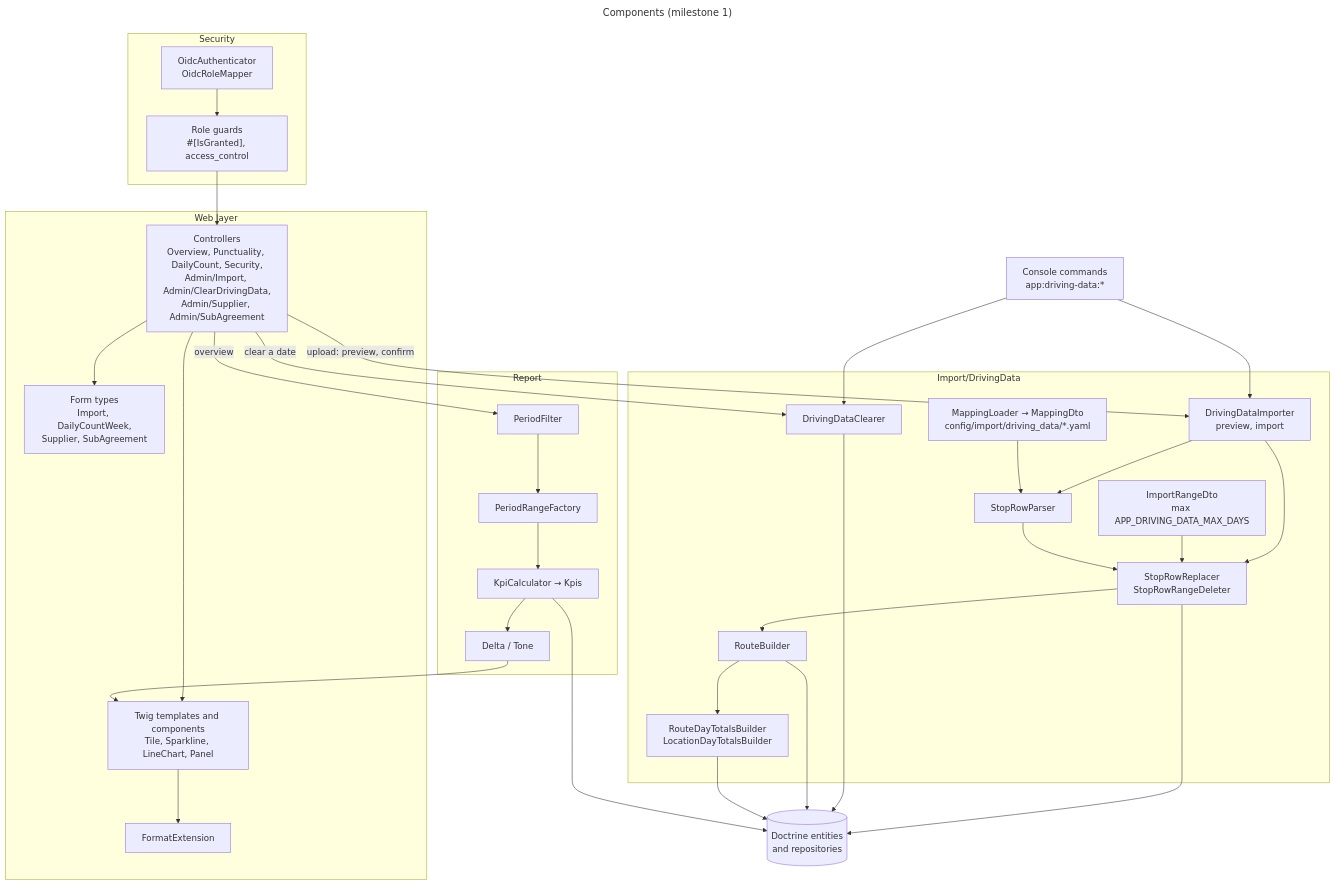
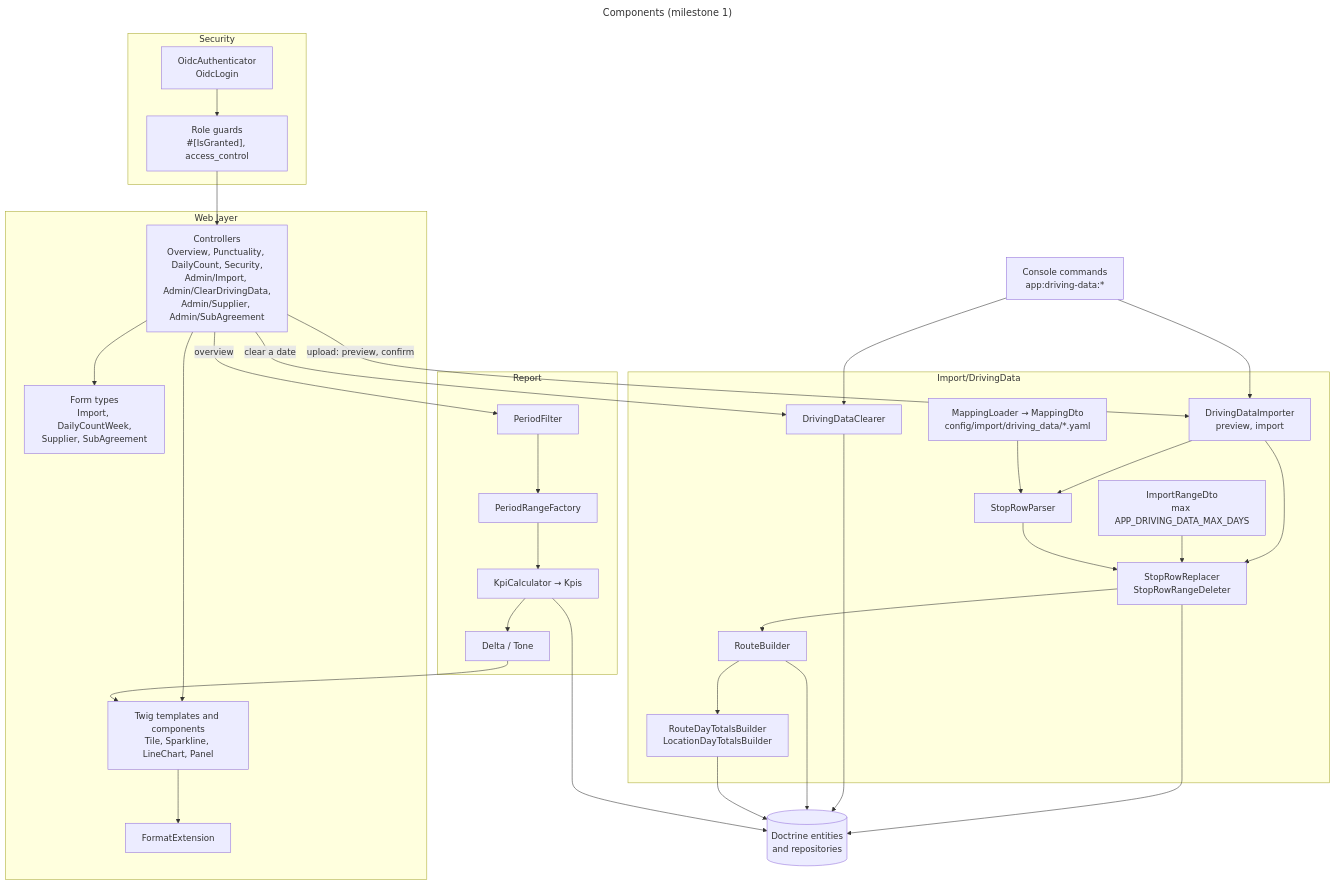
One commit to itk-dev/koerselsoverblik changed the third of 7 diagrams in docs/architecture.md. Above: the diagram before and after it, drawn with Mermaid. The commit also changed other lines of this file and 16 other files, not shown here.

````diff
--- a/docs/architecture.md
+++ b/docs/architecture.md
@@ -140,62 +140,62 @@
 ```mermaid
 ---
 title: Components (milestone 1)
 ---
 flowchart TB
     subgraph web["Web layer"]
         controllers["Controllers<br/>Overview, Punctuality, DailyCount, Security,<br/>Admin/Import, Admin/ClearDrivingData,<br/>Admin/Supplier, Admin/SubAgreement"]
         forms["Form types<br/>Import, DailyCountWeek,<br/>Supplier, SubAgreement"]
         twig["Twig templates and components<br/>Tile, Sparkline, LineChart, Panel"]
         format["FormatExtension"]
     end
 
     subgraph security["Security"]
-        authenticators["OidcAuthenticator<br/>OidcRoleMapper"]
+        authenticators["OidcAuthenticator<br/>OidcLogin"]
         guards["Role guards<br/>#[IsGranted], access_control"]
     end
 
     subgraph import["Import/DrivingData"]
         mapping["MappingLoader → MappingDto<br/>config/import/driving_data/*.yaml"]
         importrange["ImportRangeDto<br/>max APP_DRIVING_DATA_MAX_DAYS"]
         importer["DrivingDataImporter<br/>preview, import"]
         parser["StopRowParser"]
         replacer["StopRowReplacer<br/>StopRowRangeDeleter"]
         builder["RouteBuilder"]
         aggregator["RouteDayTotalsBuilder<br/>LocationDayTotalsBuilder"]
         clearer["DrivingDataClearer"]
     end
 
     subgraph report["Report"]
         filter["PeriodFilter"]
         periods["PeriodRangeFactory"]
         kpi["KpiCalculator → Kpis"]
         delta["Delta / Tone"]
     end
 
     commands["Console commands<br/>app:driving-data:*"]
     repositories[("Doctrine entities<br/>and repositories")]
 
     controllers --> forms
     controllers --> twig
     twig --> format
     guards --> controllers
     authenticators --> guards
 
     controllers -- "upload: preview, confirm" --> importer
     commands --> importer
     importer --> parser
     importer --> replacer
     mapping --> parser
     importrange --> replacer
     parser --> replacer --> builder --> aggregator
     replacer --> repositories
     controllers -- "clear a date" --> clearer
     commands --> clearer
     clearer --> repositories
     builder --> repositories
     aggregator --> repositories
 
     controllers -- "overview" --> filter --> periods --> kpi
     kpi --> repositories
     kpi --> delta --> twig
 ```
````
